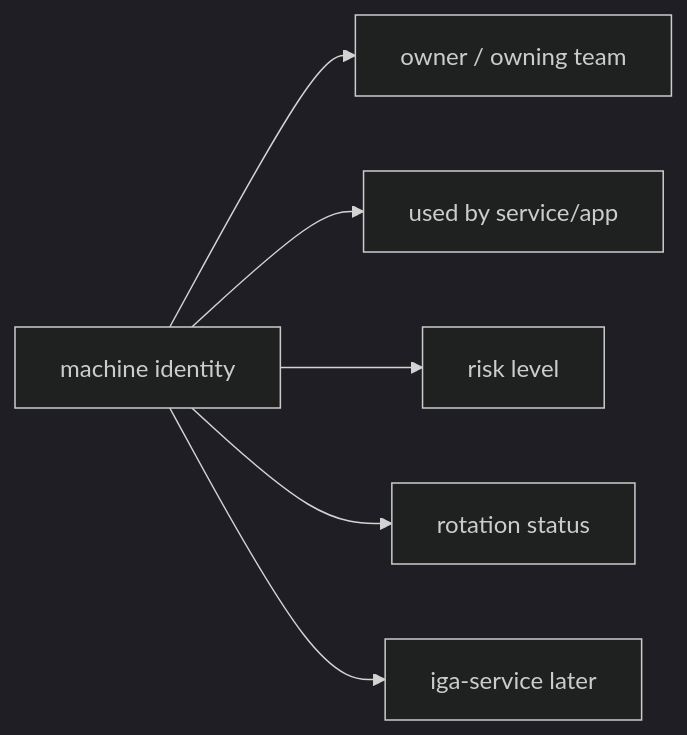
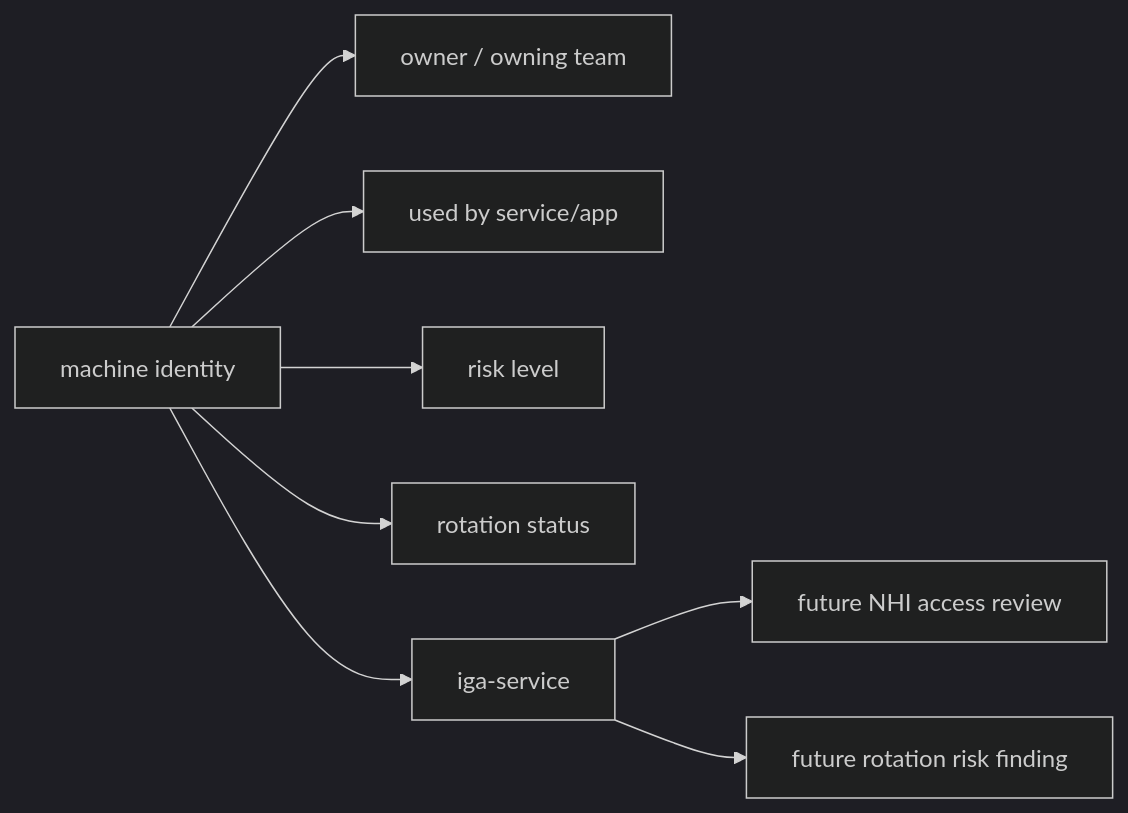
One commit to i-m-rish/luffy changed the sixth of 7 diagrams in apps/idp-service/docs/diagrams.md. Above: the diagram before and after it, drawn with Mermaid (dark theme). The commit also changed other lines of this file, not shown here.

Commit message:
Update IdP diagrams with IGA normalization flow

````diff
--- a/apps/idp-service/docs/diagrams.md
+++ b/apps/idp-service/docs/diagrams.md
@@ -125,15 +148,18 @@
 ```mermaid
 flowchart LR
     NHI[machine identity]
     OWNER[owner / owning team]
     APP[used by service/app]
     RISK[risk level]
     ROTATION[rotation status]
-    IGA[iga-service later]
+    IGA[iga-service]
 
     NHI --> OWNER
     NHI --> APP
     NHI --> RISK
     NHI --> ROTATION
     NHI --> IGA
+
+    IGA --> FUTURE_REVIEW[future NHI access review]
+    IGA --> FUTURE_ROTATION[future rotation risk finding]
 ```
````
